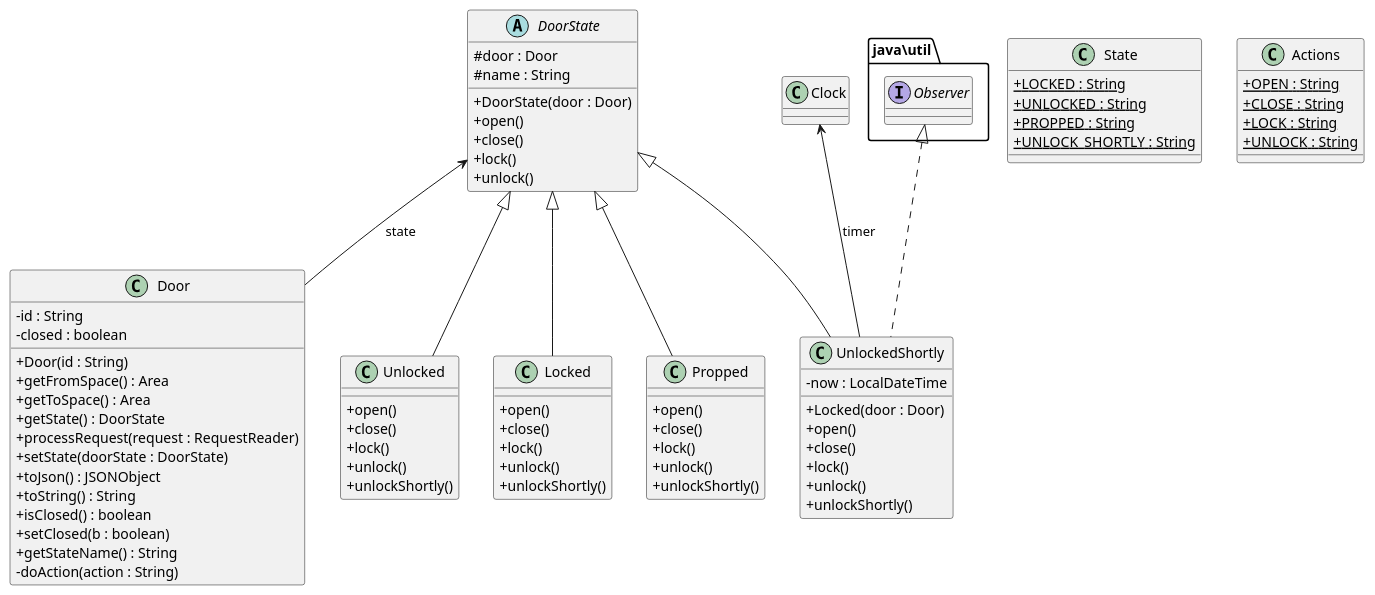
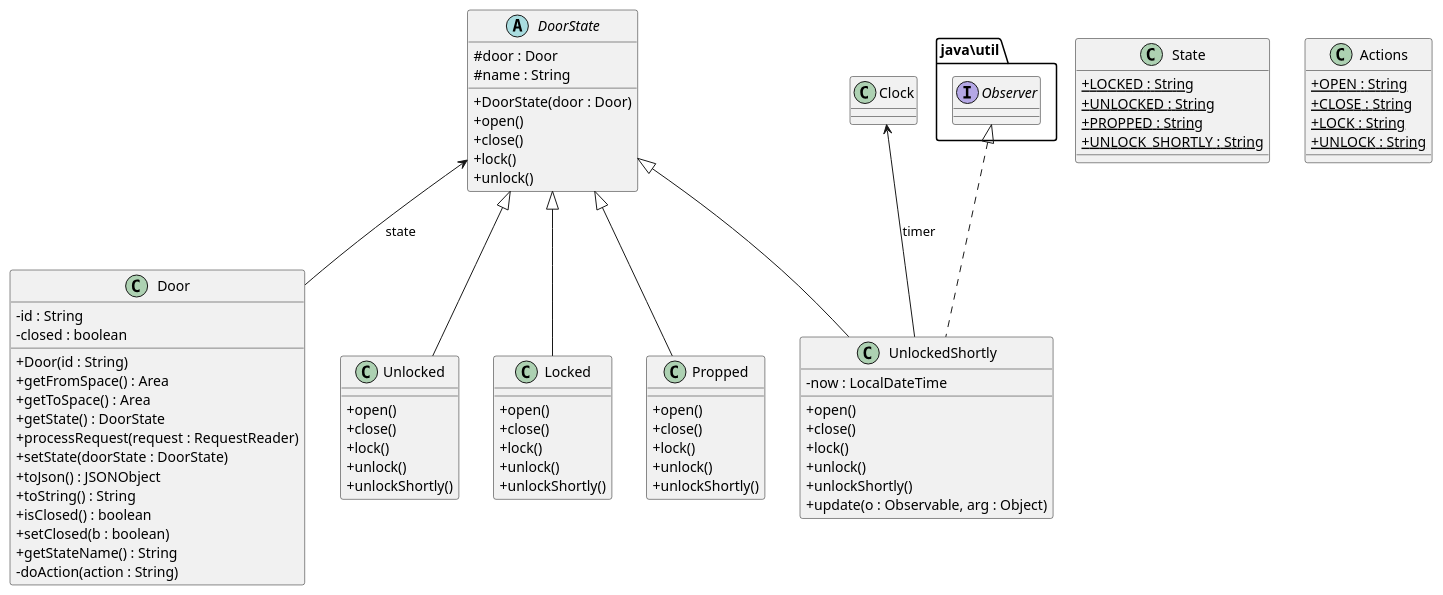
One commit to alexuab69/PracticaDS changed the diagram in src/baseNoStates/uml/doorState.puml. Above: the diagram before and after it, drawn with PlantUML.

```diff
--- a/src/baseNoStates/uml/doorState.puml
+++ b/src/baseNoStates/uml/doorState.puml
@@ -1,86 +1,87 @@
 @startuml
 'https://plantuml.com/sequence-diagram
 skinparam classAttributeIconSize 0
 
 class Door {
     - id : String
     - closed : boolean
     + Door(id : String)
     + getFromSpace() : Area
     + getToSpace() : Area
     + getState() : DoorState
     + processRequest(request : RequestReader)
     + setState(doorState : DoorState)
     + toJson() : JSONObject
     + toString() : String
     + isClosed() : boolean
     + setClosed(b : boolean)
     + getStateName() : String
     - doAction(action : String)
 }
 
 abstract class DoorState {
     # door : Door
     # name : String
     + DoorState(door : Door)
     + open()
     + close()
     + lock()
     + unlock()
 }
 
 class State {
     + {static} LOCKED : String
     + {static} UNLOCKED : String
     + {static} PROPPED : String
     + {static} UNLOCK_SHORTLY : String
 }
 
 class Actions {
     + {static} OPEN : String
     + {static} CLOSE : String
     + {static} LOCK : String
     + {static} UNLOCK : String
 }
 
 class Unlocked {
     + open()
     + close()
     + lock()
     + unlock()
     + unlockShortly()
 }
 
 class Locked {
     + open()
     + close()
     + lock()
     + unlock()
     + unlockShortly()
 }
 
 class Propped extends DoorState {
     + open()
     + close()
     + lock()
     + unlock()
     + unlockShortly()
 }
 
 class UnlockedShortly implements java\util.Observer {
     - now : LocalDateTime
-    + Locked(door : Door)
     + open()
     + close()
     + lock()
     + unlock()
     + unlockShortly()
+    + update(o : Observable, arg : Object)
+
 }
 
 DoorState <|-- Unlocked
 DoorState <|-- UnlockedShortly
 DoorState <|-- Locked
 
 DoorState <-- Door : state
 Clock <-- UnlockedShortly : timer
 @enduml
```
